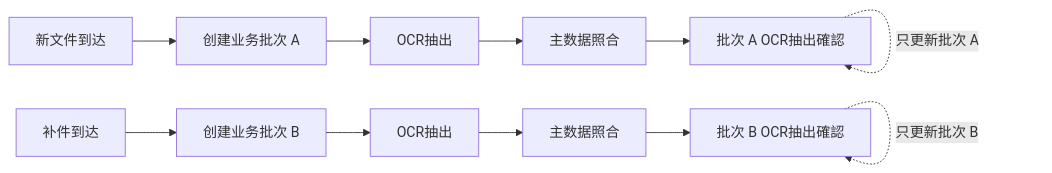
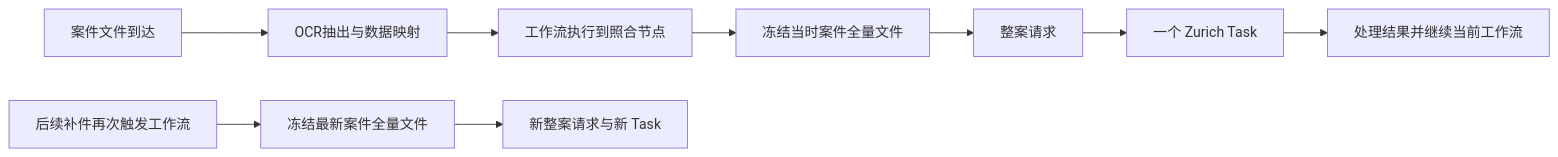
Before and after one commit to aruirage/IDP-Ph4-Master-Demo-PRD: the fourth of 6 diagrams in interaction-prd/NeosAI-IDP-四期需求-workspace/prd/chapter-05.md, drawn with Mermaid. The commit also changed other lines of this file and 24 other files, not shown here.

````diff
--- a/interaction-prd/NeosAI-IDP-四期需求-workspace/prd/chapter-05.md
+++ b/interaction-prd/NeosAI-IDP-四期需求-workspace/prd/chapter-05.md
@@ -524,13 +515,11 @@
 ```mermaid
 flowchart LR
-    A[新文件到达] --> B[创建业务批次 A]
-    C[补件到达] --> D[创建业务批次 B]
-    B --> E[OCR抽出]
-    D --> F[OCR抽出]
-    E --> G[主数据照合]
-    F --> H[主数据照合]
-    G --> I[批次 A OCR抽出確認]
-    H --> J[批次 B OCR抽出確認]
-    I -.只更新批次 A.-> I
-    J -.只更新批次 B.-> J
+    A[案件文件到达] --> B[OCR抽出与数据映射]
+    B --> C[工作流执行到照合节点]
+    C --> D[冻结当时案件全量文件]
+    D --> E[整案请求]
+    E --> F[一个 Zurich Task]
+    F --> G[处理结果并继续当前工作流]
+    H[后续补件再次触发工作流] --> I[冻结最新案件全量文件]
+    I --> J[新整案请求与新 Task]
 ```
````
